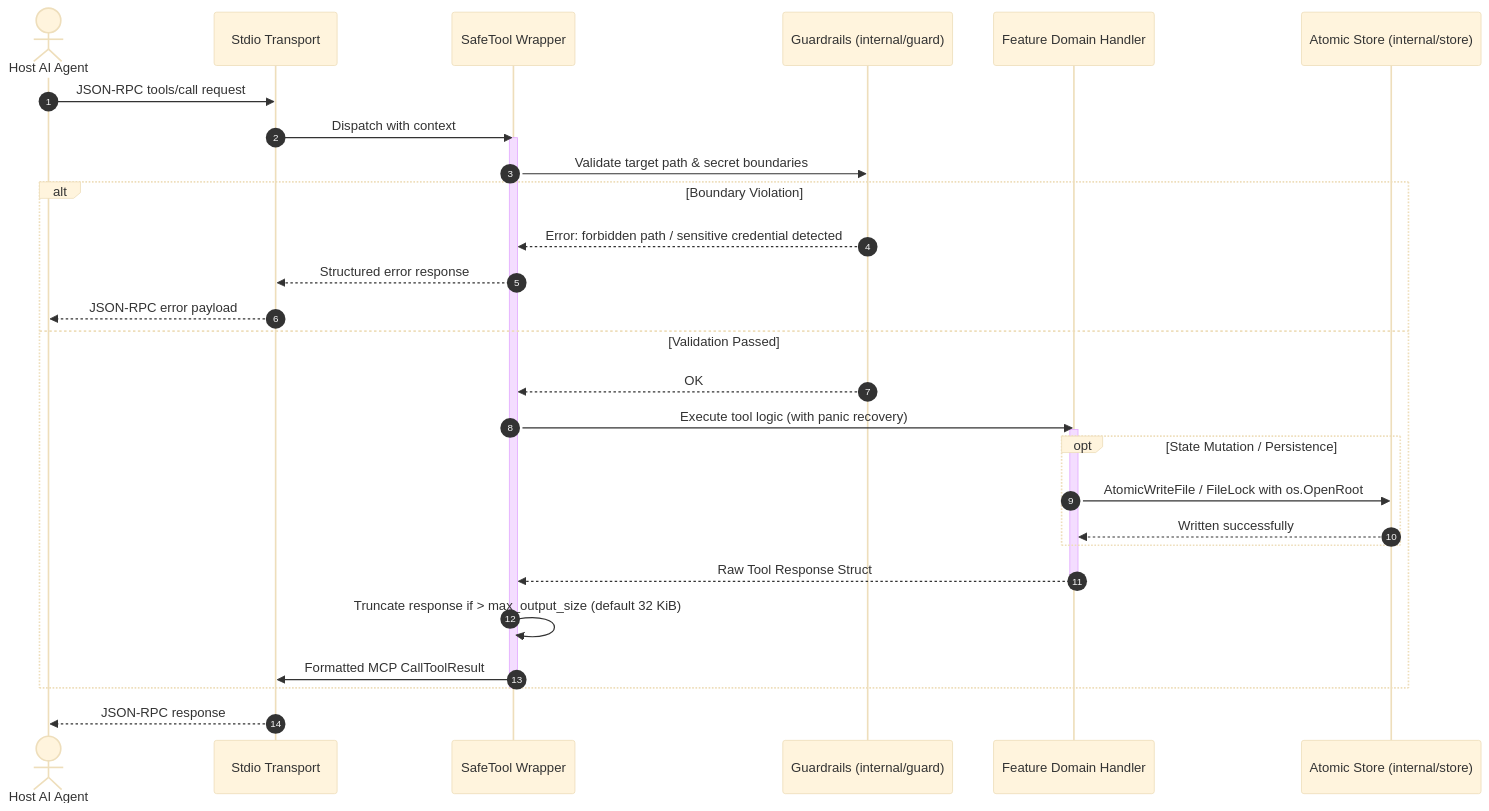
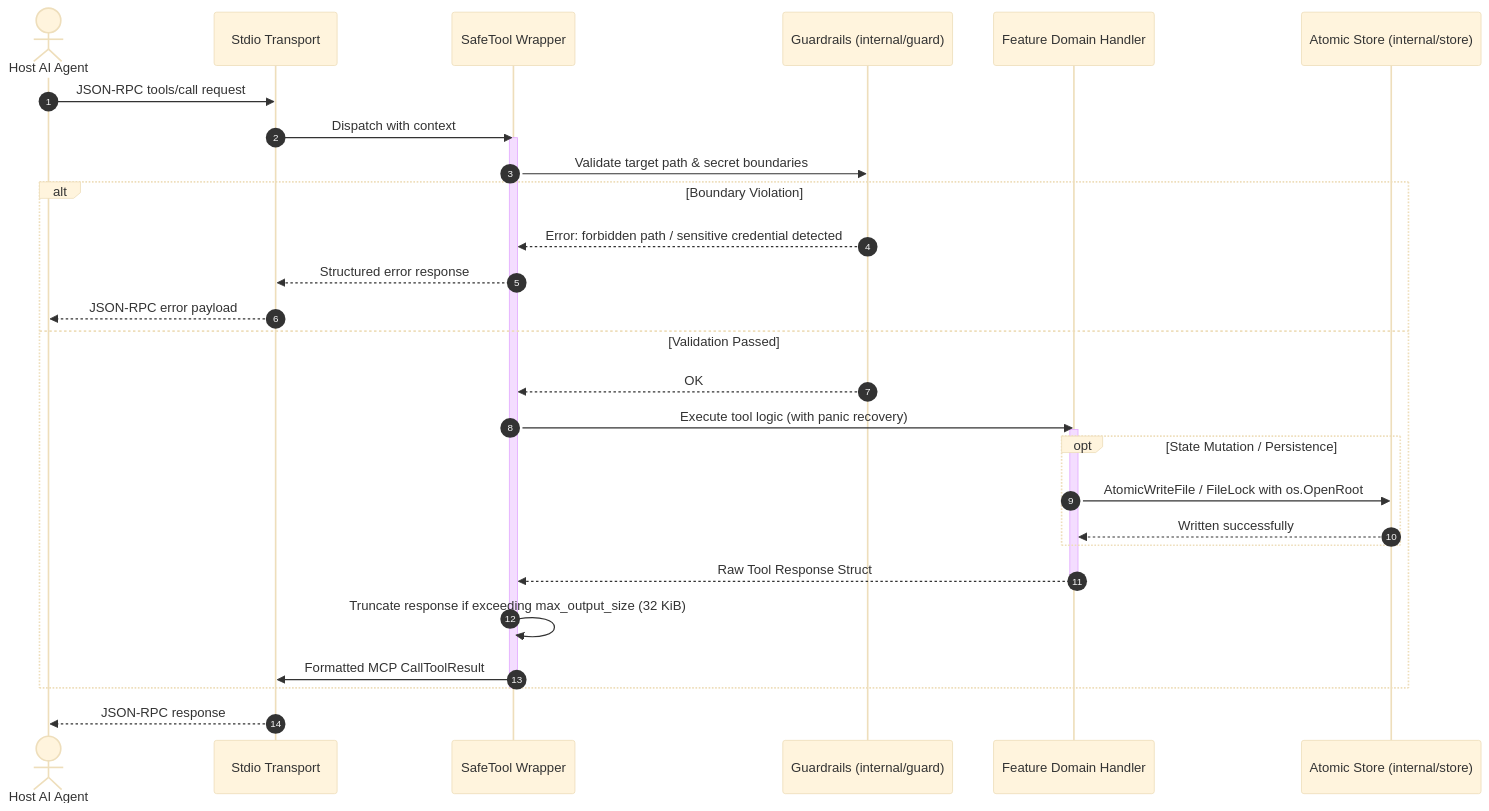
The third of 4 diagrams in mcp/references/architecture.md (berquerant/agent-skills), drawn with Mermaid (base theme) before and after one commit. The commit also changed other lines of this file and 3 other files, not shown here.

First line of the commit message:
docs: partition skill interoperability diagrams and fix mermaid parse error

````diff
--- a/mcp/references/architecture.md
+++ b/mcp/references/architecture.md
@@ -136,39 +136,39 @@
 ```mermaid
 sequenceDiagram
     autonumber
     actor Agent as Host AI Agent
     participant Stdio as Stdio Transport
     participant Safe as SafeTool Wrapper
     participant Guard as Guardrails (internal/guard)
     participant Feature as Feature Domain Handler
     participant Store as Atomic Store (internal/store)
 
     Agent->>Stdio: JSON-RPC tools/call request
     Stdio->>Safe: Dispatch with context
     activate Safe
 
     Safe->>Guard: Validate target path & secret boundaries
     alt Boundary Violation
         Guard-->>Safe: Error: forbidden path / sensitive credential detected
         Safe-->>Stdio: Structured error response
         Stdio-->>Agent: JSON-RPC error payload
     else Validation Passed
         Guard-->>Safe: OK
         Safe->>Feature: Execute tool logic (with panic recovery)
         activate Feature
 
         opt State Mutation / Persistence
             Feature->>Store: AtomicWriteFile / FileLock with os.OpenRoot
             Store-->>Feature: Written successfully
         end
 
         Feature-->>Safe: Raw Tool Response Struct
         deactivate Feature
 
-        Safe->>Safe: Truncate response if > max_output_size (default 32 KiB)
+        Safe->>Safe: Truncate response if exceeding max_output_size (32 KiB)
         Safe->>Stdio: Formatted MCP CallToolResult
     end
     deactivate Safe
 
     Stdio-->>Agent: JSON-RPC response
 ```
````
